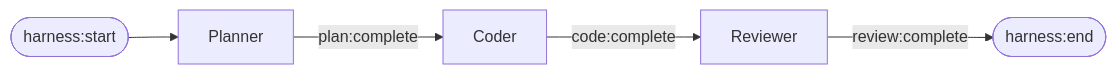
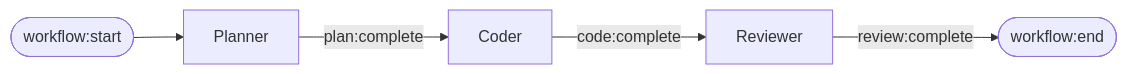
The first of 2 diagrams in apps/docs/content/docs/learn/multi-agent-flow.mdx (Open-Harness/open-harness), drawn with Mermaid before and after one commit. The commit also changed other lines of this file and 138 other files, not shown here.

````diff
--- a/apps/docs/content/docs/learn/multi-agent-flow.mdx
+++ b/apps/docs/content/docs/learn/multi-agent-flow.mdx
@@ -14,7 +14,7 @@
 ```mermaid
 flowchart LR
-    Start([harness:start]) --> P[Planner]
+    Start([workflow:start]) --> P[Planner]
     P --> |plan:complete| C[Coder]
     C --> |code:complete| R[Reviewer]
-    R --> |review:complete| End([harness:end])
+    R --> |review:complete| End([workflow:end])
 ```
````
